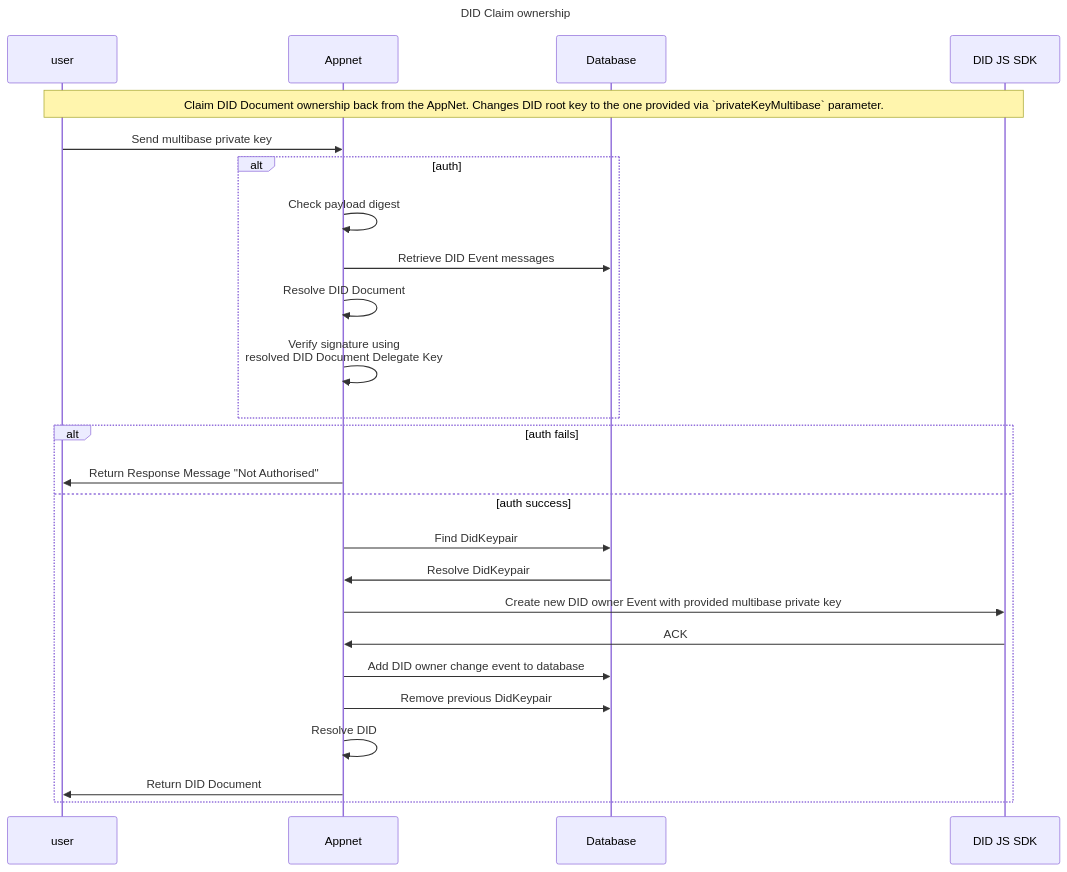
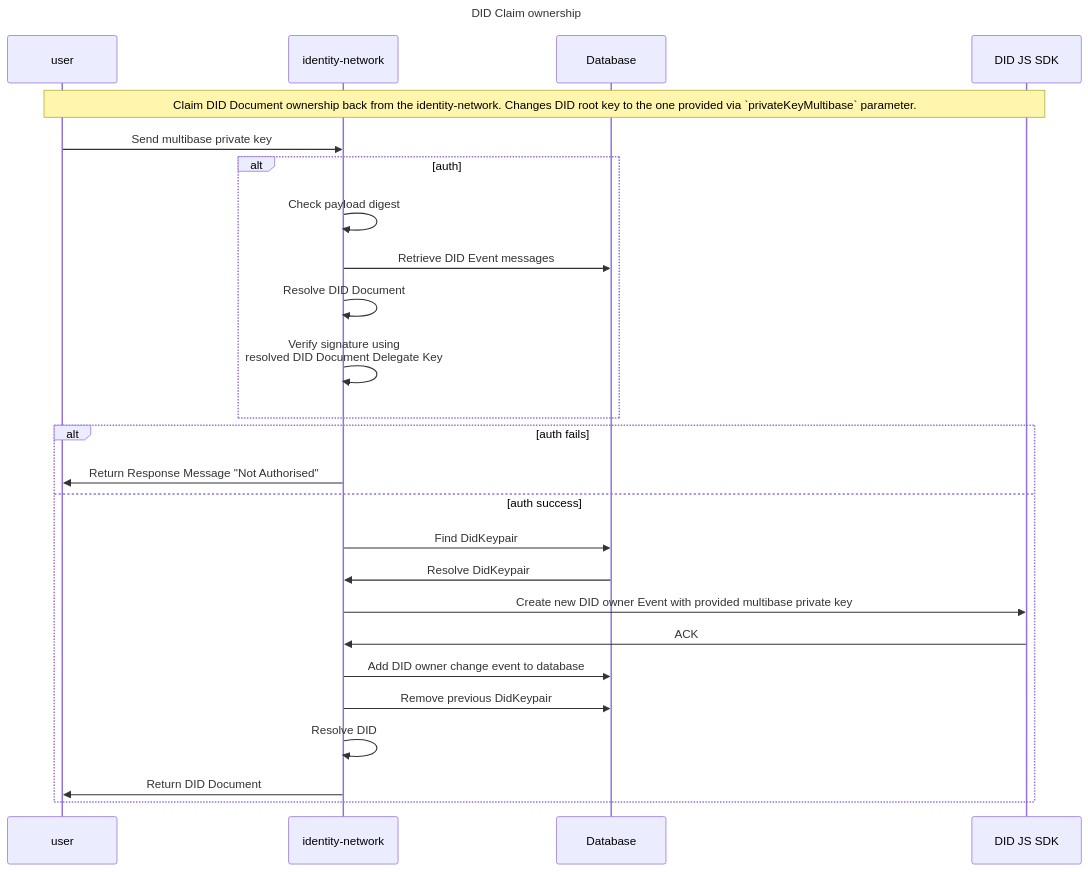
The diagram in documentation/diagrams/did-claim-ownership.mmd (Meeco/hedera-did-identity-network), drawn with Mermaid before and after one commit. The commit also changed 21 other files, not shown here.

Commit message:
replace appnet refreces with identity-network

```diff
--- a/documentation/diagrams/did-claim-ownership.mmd
+++ b/documentation/diagrams/did-claim-ownership.mmd
@@ -1,29 +1,29 @@
 sequenceDiagram
 Title: DID Claim ownership
 
 participant user as user
-participant API as Appnet
+participant API as identity-network
 participant DB as Database
 participant SDK as DID JS SDK
 
 
-note over user, SDK: Claim DID Document ownership back from the AppNet. Changes DID root key to the one provided via `privateKeyMultibase` parameter.
+note over user, SDK: Claim DID Document ownership back from the identity-network. Changes DID root key to the one provided via `privateKeyMultibase` parameter.
 user ->> API: Send multibase private key
 alt auth
 API ->> API: Check payload digest
 API ->> DB: Retrieve DID Event messages
 API ->> API: Resolve DID Document
 API ->> API: Verify signature using <br> resolved DID Document Delegate Key
 end 
 alt auth fails
 API ->> user: Return Response Message "Not Authorised"
 else auth success
 API ->> DB: Find DidKeypair
 DB ->> API: Resolve DidKeypair
 API ->> SDK: Create new DID owner Event with provided multibase private key 
 SDK ->> API: ACK 
 API ->> DB: Add DID owner change event to database
 API ->> DB: Remove previous DidKeypair
 API ->> API: Resolve DID
 API ->> user: Return DID Document
 end
```
